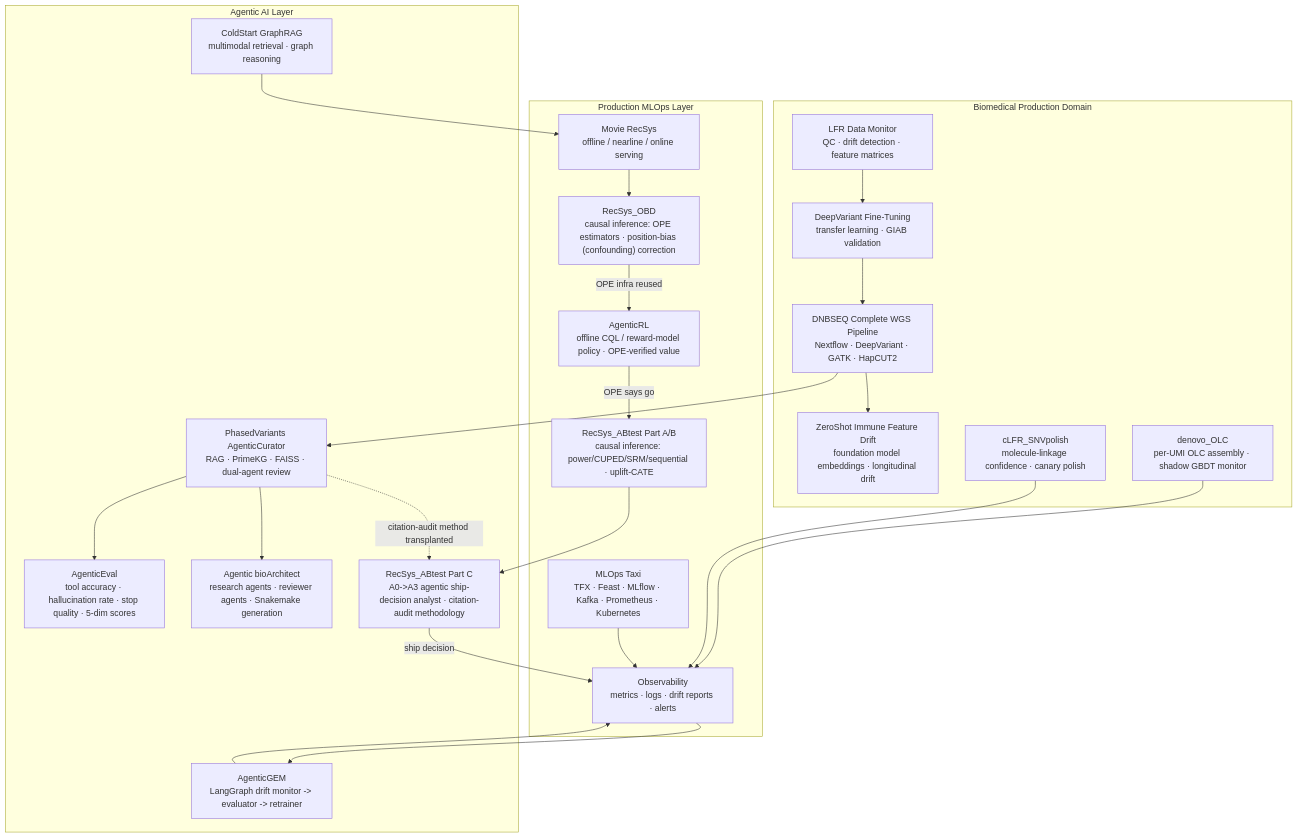
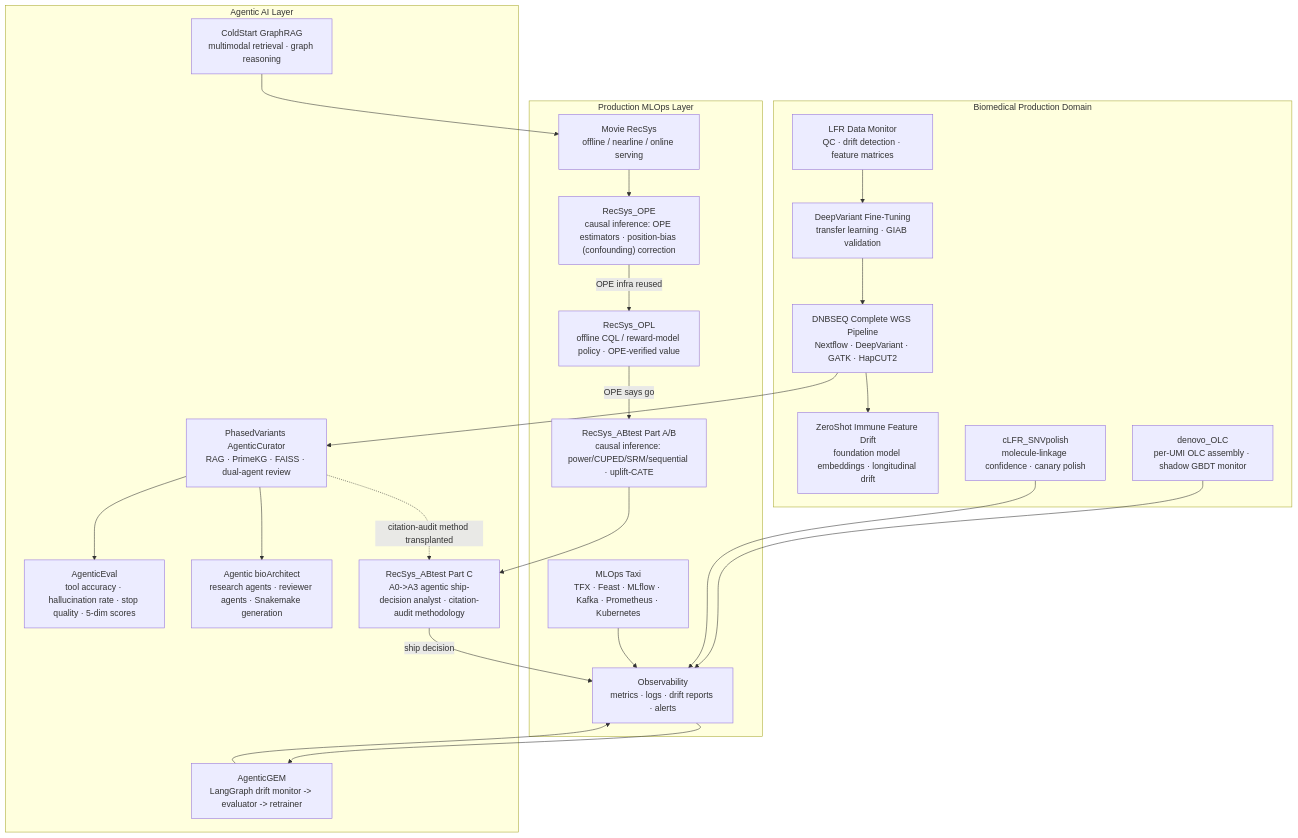
One commit to arcadianlyric/AI4S_Agentic_MLOps changed the diagram in README.md. Above: the diagram before and after it, drawn with Mermaid. The commit also changed other lines of this file and 1 other file, not shown here.

````diff
--- a/README.md
+++ b/README.md
@@ -125,48 +60,48 @@
 ```mermaid
 flowchart TD
     subgraph DOMAIN["Biomedical Production Domain"]
         WGS["DNBSEQ Complete WGS Pipeline<br/>Nextflow · DeepVariant · GATK · HapCUT2"]
         LFR["LFR Data Monitor<br/>QC · drift detection · feature matrices"]
         DV["DeepVariant Fine-Tuning<br/>transfer learning · GIAB validation"]
         IMM["ZeroShot Immune Feature Drift<br/>foundation model embeddings · longitudinal drift"]
         OLC["denovo_OLC<br/>per-UMI OLC assembly · shadow GBDT monitor"]
         VCP["cLFR_SNVpolish<br/>molecule-linkage confidence · canary polish"]
     end
 
     subgraph AGENT["Agentic AI Layer"]
         CUR["PhasedVariants AgenticCurator<br/>RAG · PrimeKG · FAISS · dual-agent review"]
         EVAL["AgenticEval<br/>tool accuracy · hallucination rate · stop quality · 5-dim scores"]
         BIO["Agentic bioArchitect<br/>research agents · reviewer agents · Snakemake generation"]
         GEM["AgenticGEM<br/>LangGraph drift monitor -> evaluator -> retrainer"]
         GRAG["ColdStart GraphRAG<br/>multimodal retrieval · graph reasoning"]
         ABT["RecSys_ABtest Part C<br/>A0->A3 agentic ship-decision analyst · citation-audit methodology"]
     end
 
     subgraph MLOPS["Production MLOps Layer"]
         TAXI["MLOps Taxi<br/>TFX · Feast · MLflow · Kafka · Prometheus · Kubernetes"]
         RECSYS["Movie RecSys<br/>offline / nearline / online serving"]
-        OBD["RecSys_OBD<br/>causal inference: OPE estimators · position-bias (confounding) correction"]
-        RL["AgenticRL<br/>offline CQL / reward-model policy · OPE-verified value"]
+        OBD["RecSys_OPE<br/>causal inference: OPE estimators · position-bias (confounding) correction"]
+        RL["RecSys_OPL<br/>offline CQL / reward-model policy · OPE-verified value"]
         ABAB["RecSys_ABtest Part A/B<br/>causal inference: power/CUPED/SRM/sequential · uplift-CATE"]
         OBS["Observability<br/>metrics · logs · drift reports · alerts"]
     end
 
     LFR --> DV
     DV --> WGS
     WGS --> CUR
     WGS --> IMM
     CUR --> EVAL
     CUR --> BIO
     CUR -. "citation-audit method transplanted" .-> ABT
     OLC --> OBS
     VCP --> OBS
     GEM --> OBS
     TAXI --> OBS
     RECSYS --> OBD
     OBD -- "OPE infra reused" --> RL
     RL -- "OPE says go" --> ABAB
     ABAB --> ABT
     ABT -- "ship decision" --> OBS
     GRAG --> RECSYS
     OBS --> GEM
 ```
````
